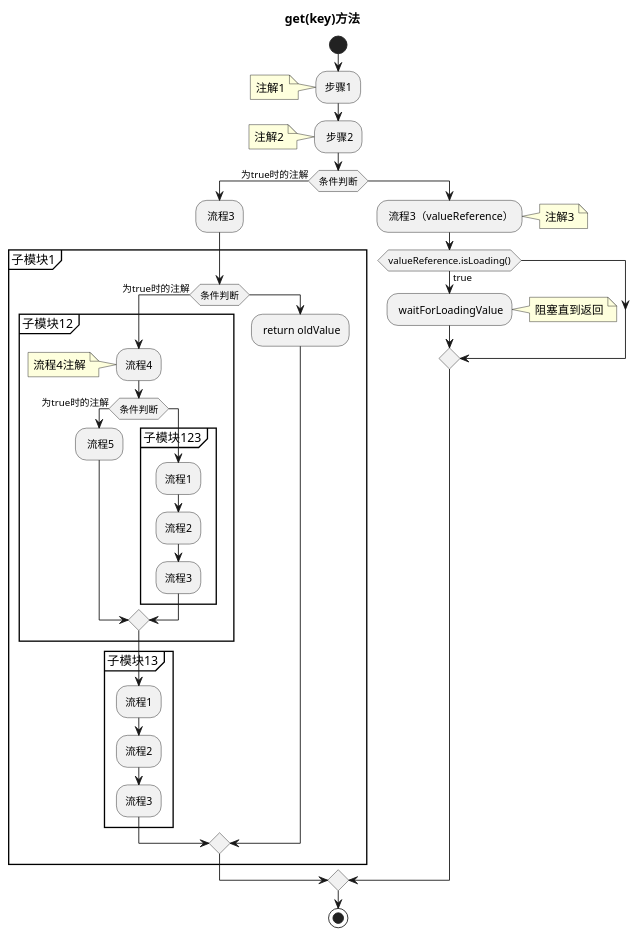
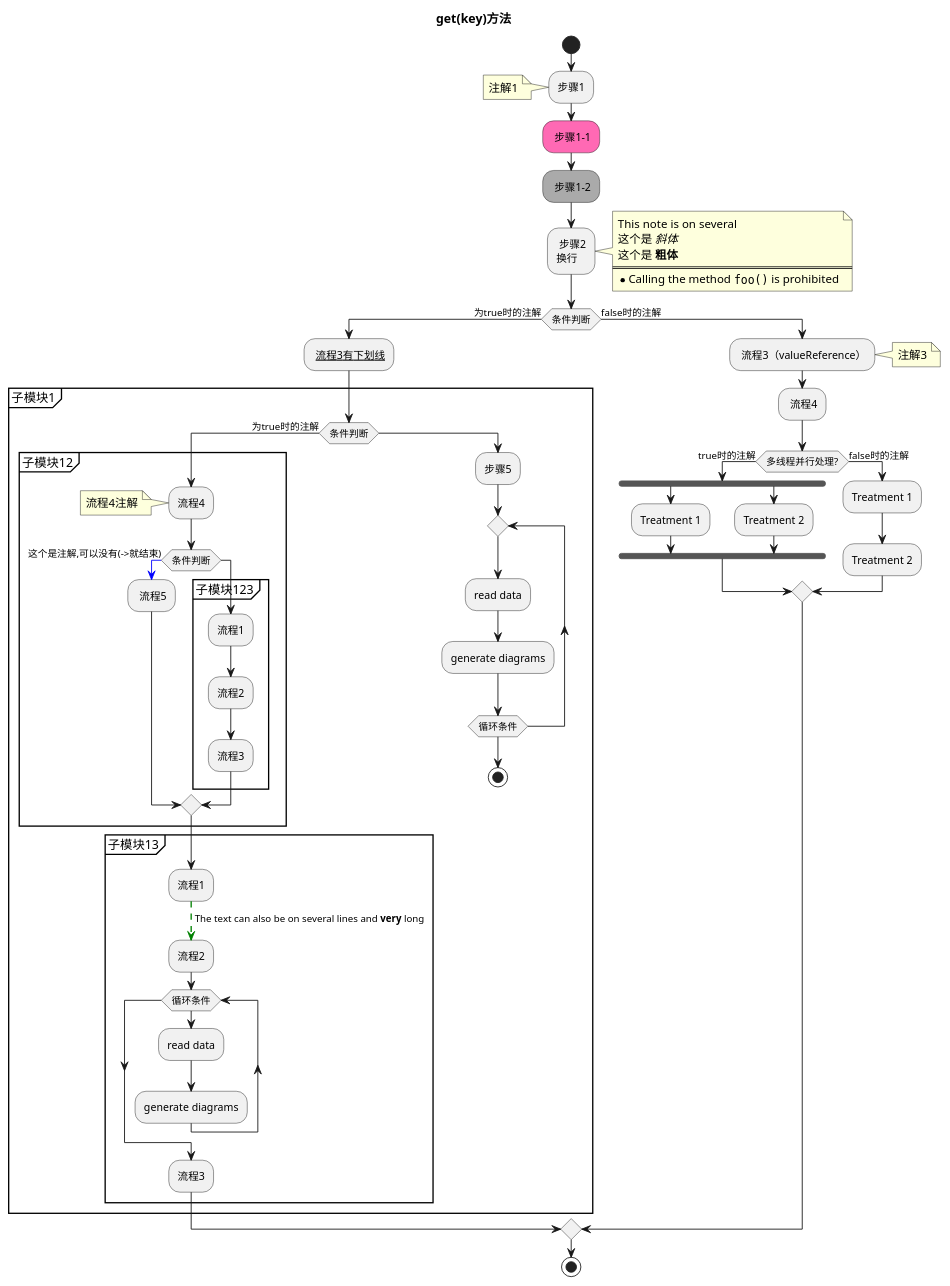
Before and after one commit to xiaocangnew/study-note: the diagram in 基础工具学习/plantUml/cache的流程图.puml, drawn with PlantUML. The commit also changed 2 other files, not shown here.

```diff
--- a/基础工具学习/plantUml/cache的流程图.puml
+++ b/基础工具学习/plantUml/cache的流程图.puml
@@ -1,44 +1,71 @@
 @startuml
 title get(key)方法
 
 start
 :步骤1;
 note left: 注解1
-: 步骤2;
-note left: 注解2
+#HotPink: 步骤1-1;
+#AAAAAA: 步骤1-2;
+: 步骤2\n换行;
+note right
+  This note is on several
+  这个是 //斜体//
+  这个是 <b>粗体</b>
+  ====
+  * Calling the method ""foo()"" is prohibited
+end note
  if(条件判断) then (为true时的注解)
-       : 流程3;
+       : __流程3有下划线__;
        partition 子模块1 {
           if(条件判断) then (为true时的注解)
             partition 子模块12{
                 :流程4;
                 note left: 流程4注解
                 if(条件判断) then (为true时的注解)
+                   -[#blue]-> 这个是注解,可以没有(->就结束);
                    : 流程5;
                 else
                    partition 子模块123 {
                                     :流程1;
                                     :流程2;
                                     :流程3;
                                   }
                 endif
              }
             partition 子模块13{
                     :流程1;
+                    -[#green,dashed]-> The text can also be on several lines and **very** long;
                     :流程2;
+                    while (循环条件)
+                     :read data;
+                     :generate diagrams;
+                    endwhile
                     :流程3;
             }
           else
-            : return oldValue;
+            :步骤5;
+            repeat
+              :read data;
+              :generate diagrams;
+            repeat while (循环条件)
+
+            stop
           endif
        }
- else
+ else (false时的注解)
     : 流程3（valueReference）;
     note right: 注解3
-       if(valueReference.isLoading()) then (true)
-       : waitForLoadingValue;
-       note right: 阻塞直到返回
-       endif;
- endif;
+    : 流程4;
+    if (多线程并行处理?) then (true时的注解)
+      fork
+        :Treatment 1;
+      fork again
+        :Treatment 2;
+      end fork
+    else (false时的注解)
+      :Treatment 1;
+      :Treatment 2;
+    endif
+ endif
 stop
 @enduml
```
